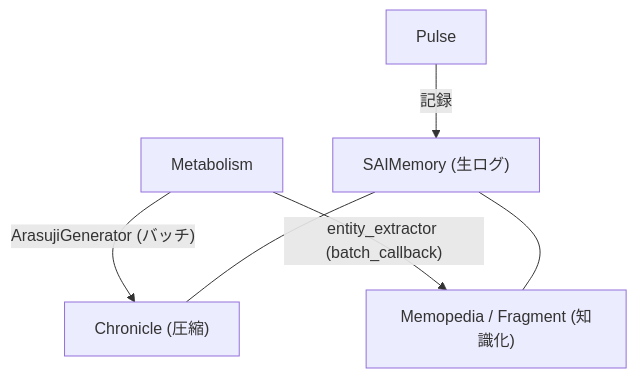
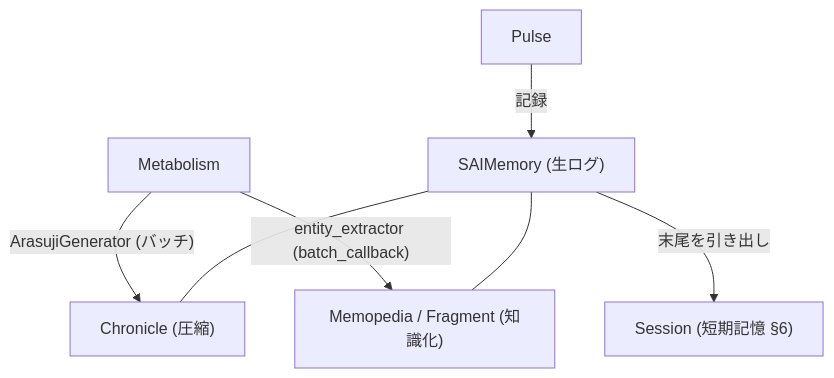
One commit to maha0525/SAIVerse changed the fifth of 7 diagrams in docs/overview/landscape.md. Above: the diagram before and after it, drawn with Mermaid. The commit also changed other lines of this file and 2 other files, not shown here.

First line of the commit message:
俯瞰地図: 短期記憶 (Session) / 長期記憶の整理を反映

````diff
--- a/docs/overview/landscape.md
+++ b/docs/overview/landscape.md
@@ -216,8 +197,9 @@
 ```mermaid
 graph TD
     Pulse -->|記録| SAIMemory["SAIMemory (生ログ)"]
     Metabolism -->|"ArasujiGenerator (バッチ)"| Chronicle["Chronicle (圧縮)"]
     Metabolism -->|"entity_extractor (batch_callback)"| Memopedia["Memopedia / Fragment (知識化)"]
     SAIMemory --- Chronicle
     SAIMemory --- Memopedia
+    SAIMemory -->|末尾を引き出し| Session["Session (短期記憶 §6)"]
 ```
````
